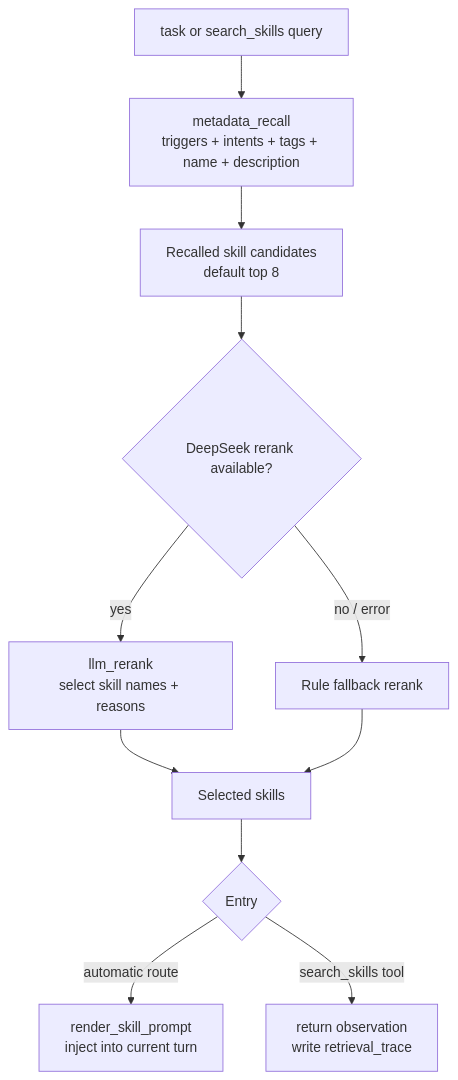
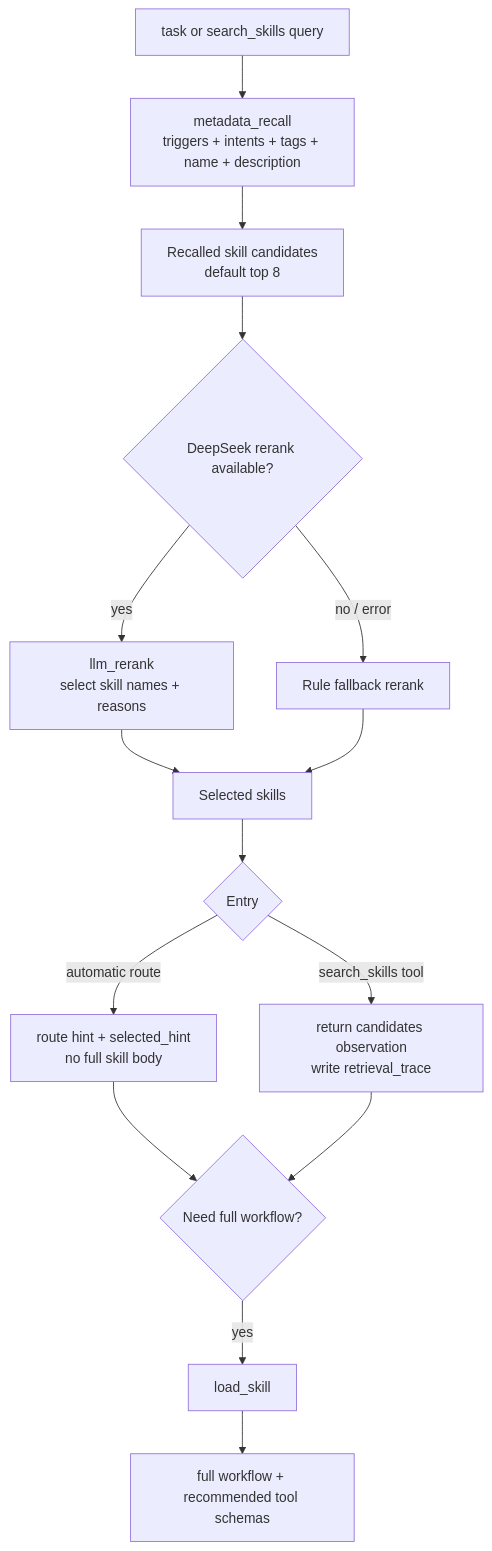
The tenth of 16 diagrams in README.md (Cachuela11/MiniCode), drawn with Mermaid before and after one commit. The commit also changed other lines of this file, not shown here.

````diff
--- a/README.md
+++ b/README.md
@@ -697,13 +698,17 @@
 ```mermaid
 flowchart TD
     A[task or search_skills query] --> B[metadata_recall<br/>triggers + intents + tags + name + description]
     B --> C[Recalled skill candidates<br/>default top 8]
     C --> D{DeepSeek rerank available?}
     D -->|yes| E[llm_rerank<br/>select skill names + reasons]
     D -->|no / error| F[Rule fallback rerank]
     E --> G[Selected skills]
     F --> G
     G --> H{Entry}
-    H -->|automatic route| I[render_skill_prompt<br/>inject into current turn]
-    H -->|search_skills tool| J[return observation<br/>write retrieval_trace]
+    H -->|automatic route| I[route hint + selected_hint<br/>no full skill body]
+    H -->|search_skills tool| J[return candidates observation<br/>write retrieval_trace]
+    I --> K{Need full workflow?}
+    J --> K
+    K -->|yes| L[load_skill]
+    L --> M[full workflow + recommended tool schemas]
 ```
````
